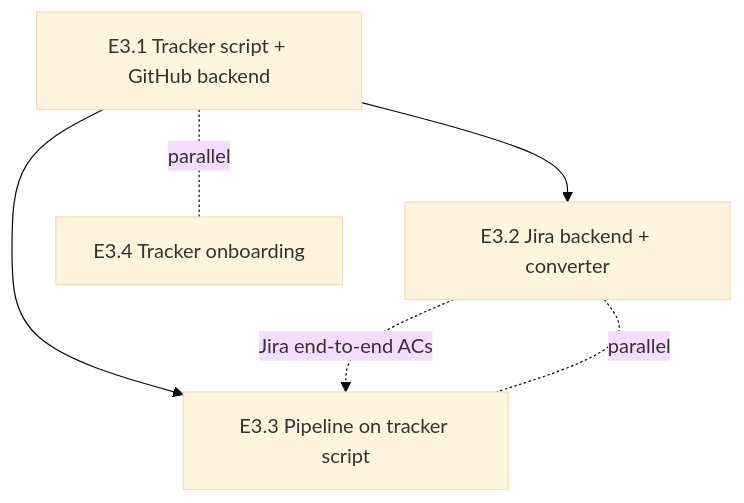
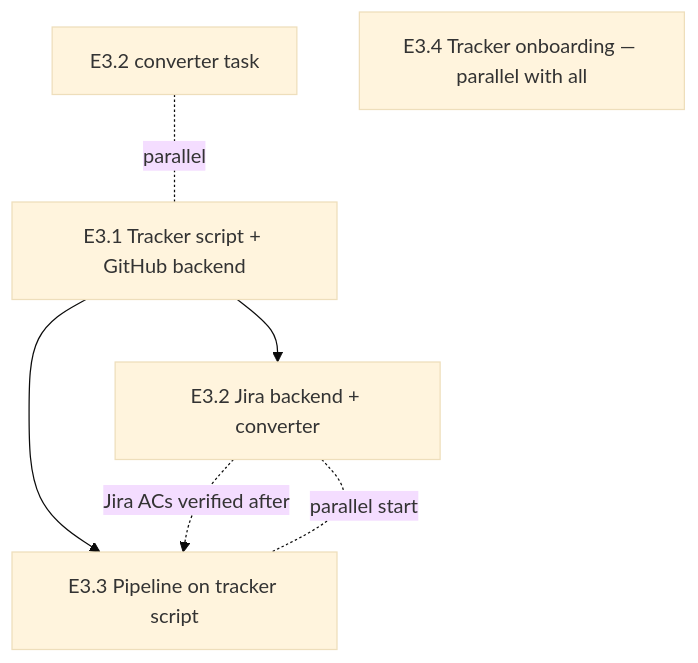
Before and after one commit to mironyx/engineering-delivery-framework: the diagram in plugins/edf/docs/plans/2026-11-15-v3-implementation-plan.md, drawn with Mermaid (base theme). The commit also changed other lines of this file and 1 other file, not shown here.

````diff
--- a/plugins/edf/docs/plans/2026-11-15-v3-implementation-plan.md
+++ b/plugins/edf/docs/plans/2026-11-15-v3-implementation-plan.md
@@ -153,9 +163,9 @@
 ```mermaid
 graph TD
   E31[E3.1 Tracker script + GitHub backend] --> E32[E3.2 Jira backend + converter]
   E31 --> E33[E3.3 Pipeline on tracker script]
-  E32 -.Jira end-to-end ACs.-> E33
-  E32 -.parallel.- E33
-  E34[E3.4 Tracker onboarding]
-  E31 -.parallel.- E34
+  E32 -.Jira ACs verified after.-> E33
+  E32 -.parallel start.- E33
+  CV[E3.2 converter task] -.parallel.- E31
+  E34[E3.4 Tracker onboarding — parallel with all]
 ```
````
